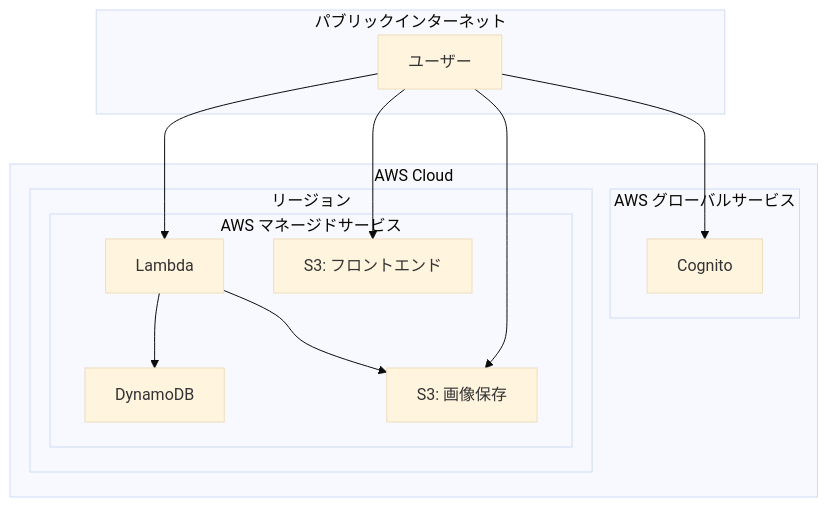
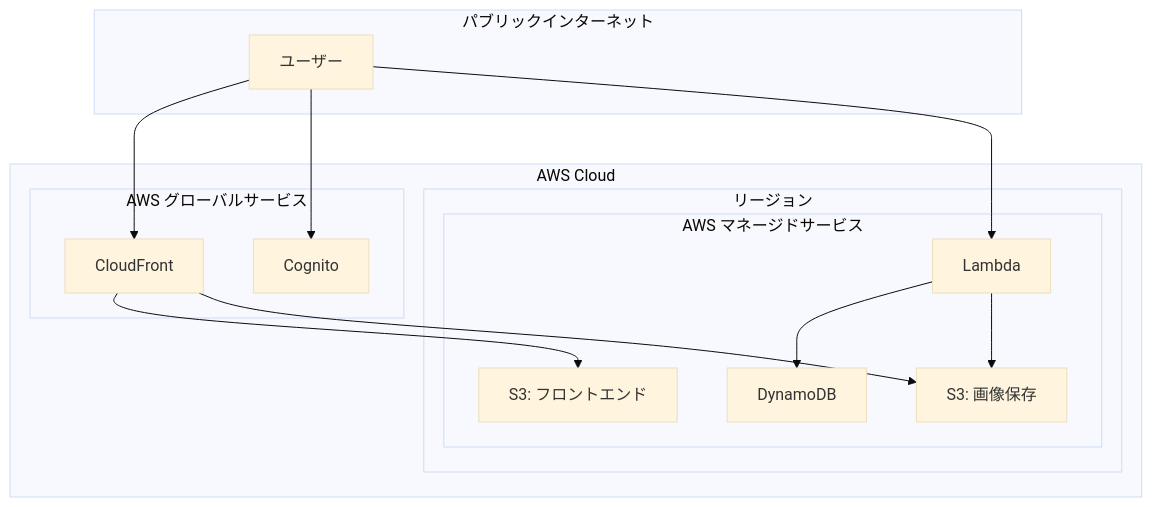
Before and after one commit to masanori-sasaki/bonsai-app: the second of 2 diagrams in docs/design/infrastructure.md, drawn with Mermaid (base theme). The commit also changed other lines of this file and 20 other files, not shown here.

````diff
--- a/docs/design/infrastructure.md
+++ b/docs/design/infrastructure.md
@@ -39,28 +41,30 @@
 ```mermaid
 graph TD
     subgraph "パブリックインターネット"
         User[ユーザー]
     end
     
     subgraph "AWS Cloud"
         subgraph "AWS グローバルサービス"
             Cognito[Cognito]
+            CloudFront[CloudFront]
         end
         
         subgraph "リージョン"
             subgraph "AWS マネージドサービス"
                 Lambda[Lambda]
                 DynamoDB[DynamoDB]
                 S3Frontend[S3: フロントエンド]
                 S3Images[S3: 画像保存]
             end
         end
     end
     
-    User --> S3Frontend
-    User --> S3Images
+    User --> CloudFront
+    CloudFront --> S3Frontend
+    CloudFront --> S3Images
     User --> Cognito
     User --> Lambda
     Lambda --> DynamoDB
     Lambda --> S3Images
 ```
````
